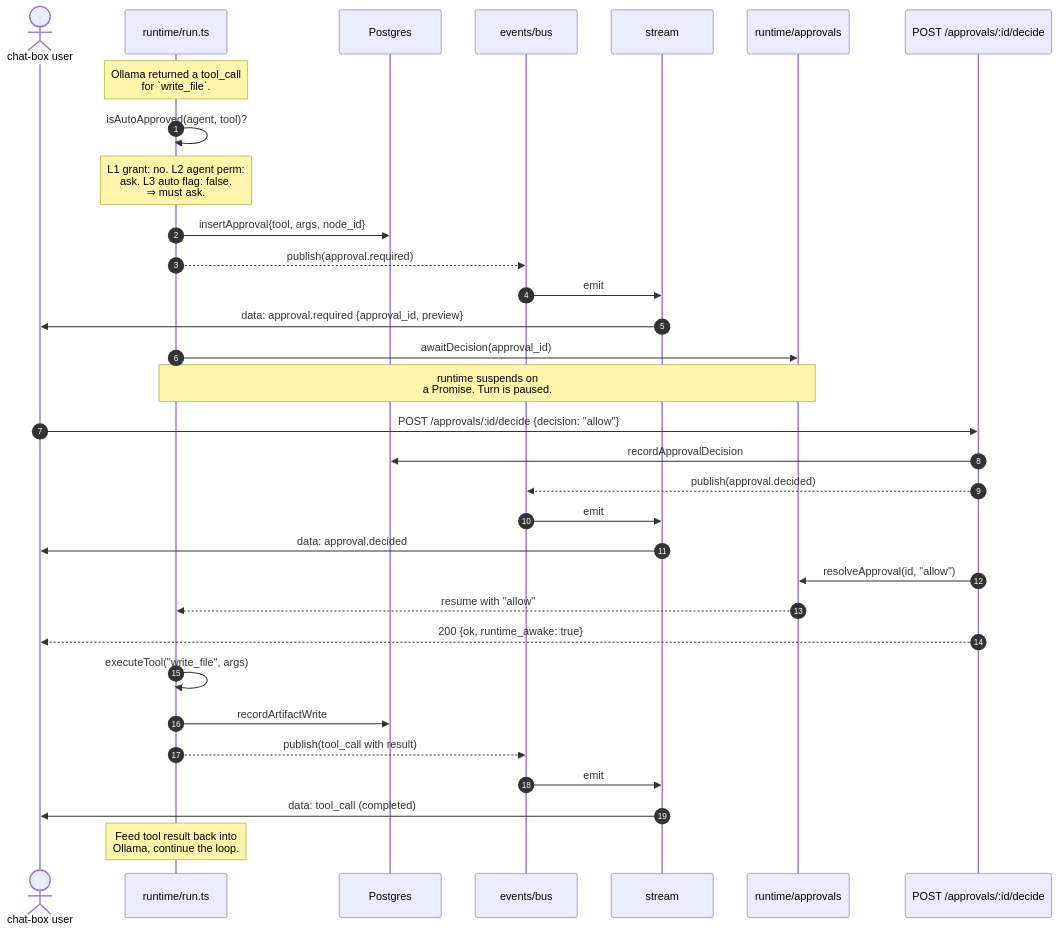
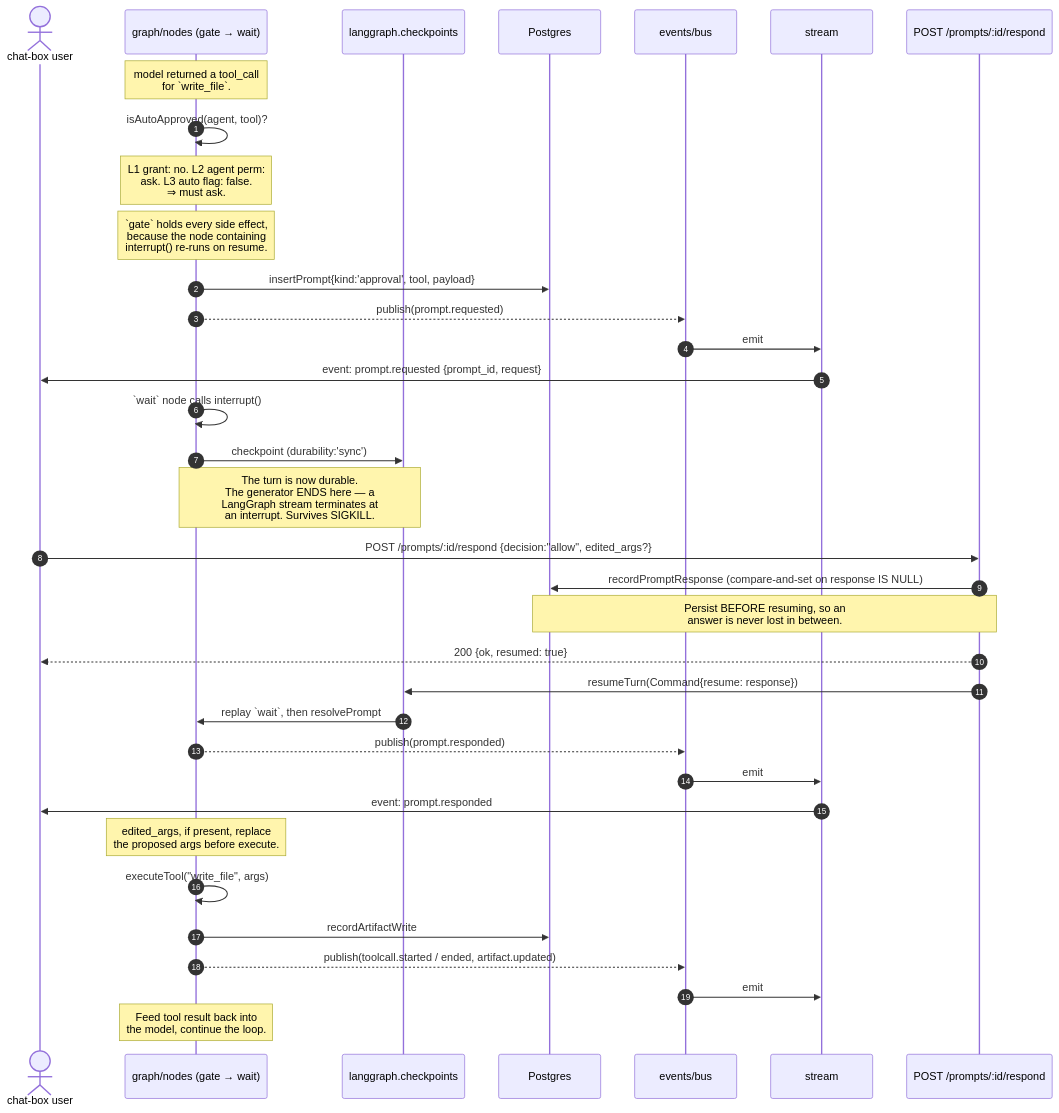
One commit to hasangilak/yap changed the third of 9 diagrams in docs/data-flows.md. Above: the diagram before and after it, drawn with Mermaid. The commit also changed other lines of this file and 4 other files, not shown here.

````diff
--- a/docs/data-flows.md
+++ b/docs/data-flows.md
@@ -126,40 +126,43 @@
 ```mermaid
 sequenceDiagram
     autonumber
     actor U as chat-box user
-    participant RT as runtime/run.ts
+    participant G as graph/nodes (gate → wait)
+    participant CP as langgraph.checkpoints
     participant DB as Postgres
     participant BUS as events/bus
     participant STR as stream
-    participant APV as runtime/approvals
-    participant API as POST /approvals/:id/decide
+    participant API as POST /prompts/:id/respond
 
-    Note over RT: Ollama returned a tool_call<br/>for `write_file`.
-    RT->>RT: isAutoApproved(agent, tool)?
-    Note over RT: L1 grant: no. L2 agent perm:<br/>ask. L3 auto flag: false.<br/>⇒ must ask.
+    Note over G: model returned a tool_call<br/>for `write_file`.
+    G->>G: isAutoApproved(agent, tool)?
+    Note over G: L1 grant: no. L2 agent perm:<br/>ask. L3 auto flag: false.<br/>⇒ must ask.
 
-    RT->>DB: insertApproval{tool, args, node_id}
-    RT-->>BUS: publish(approval.required)
+    Note over G: `gate` holds every side effect,<br/>because the node containing<br/>interrupt() re-runs on resume.
+    G->>DB: insertPrompt{kind:'approval', tool, payload}
+    G-->>BUS: publish(prompt.requested)
     BUS->>STR: emit
-    STR->>U: data: approval.required {approval_id, preview}
+    STR->>U: event: prompt.requested {prompt_id, request}
 
-    RT->>APV: awaitDecision(approval_id)
-    Note over RT,APV: runtime suspends on<br/>a Promise. Turn is paused.
+    G->>G: `wait` node calls interrupt()
+    G->>CP: checkpoint (durability:'sync')
+    Note over G,CP: The turn is now durable.<br/>The generator ENDS here — a<br/>LangGraph stream terminates at<br/>an interrupt. Survives SIGKILL.
 
-    U->>API: POST /approvals/:id/decide {decision: "allow"}
-    API->>DB: recordApprovalDecision
-    API-->>BUS: publish(approval.decided)
+    U->>API: POST /prompts/:id/respond {decision:"allow", edited_args?}
+    API->>DB: recordPromptResponse (compare-and-set on response IS NULL)
+    Note over API,DB: Persist BEFORE resuming, so an<br/>answer is never lost in between.
+    API-->>U: 200 {ok, resumed: true}
+    API->>CP: resumeTurn(Command{resume: response})
+
+    CP->>G: replay `wait`, then resolvePrompt
+    G-->>BUS: publish(prompt.responded)
     BUS->>STR: emit
-    STR->>U: data: approval.decided
-    API->>APV: resolveApproval(id, "allow")
-    APV-->>RT: resume with "allow"
-    API-->>U: 200 {ok, runtime_awake: true}
+    STR->>U: event: prompt.responded
+    Note over G: edited_args, if present, replace<br/>the proposed args before execute.
+    G->>G: executeTool("write_file", args)
+    G->>DB: recordArtifactWrite
+    G-->>BUS: publish(toolcall.started / ended, artifact.updated)
+    BUS->>STR: emit
 
-    RT->>RT: executeTool("write_file", args)
-    RT->>DB: recordArtifactWrite
-    RT-->>BUS: publish(tool_call with result)
-    BUS->>STR: emit
-    STR->>U: data: tool_call (completed)
-
-    Note over RT: Feed tool result back into<br/>Ollama, continue the loop.
+    Note over G: Feed tool result back into<br/>the model, continue the loop.
 ```
````
